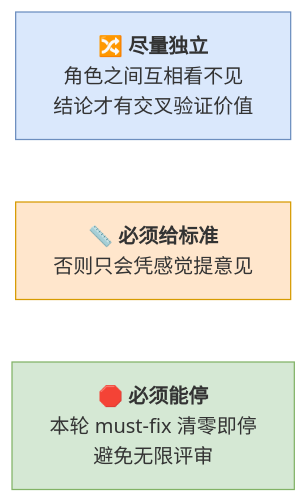
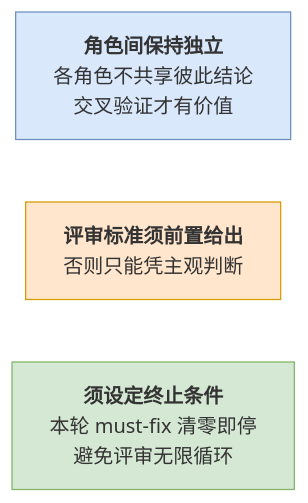
The third of 5 diagrams in 全员认知培训/研发AI提效落地方案·流程先行（试行）.md (Woaini654321/efficiency-improvement), drawn with Mermaid (base theme) before and after one commit. The commit also changed other lines of this file, not shown here.

````diff
--- a/全员认知培训/研发AI提效落地方案·流程先行（试行）.md
+++ b/全员认知培训/研发AI提效落地方案·流程先行（试行）.md
@@ -141,9 +106,9 @@
 ```mermaid
 flowchart LR
-    P1["🔀 <b>尽量独立</b><br/>角色之间互相看不见<br/>结论才有交叉验证价值"]
-    P2["📏 <b>必须给标准</b><br/>否则只会凭感觉提意见"]
-    P3["🛑 <b>必须能停</b><br/>本轮 must-fix 清零即停<br/>避免无限评审"]
+    P1["<b>角色间保持独立</b><br/>各角色不共享彼此结论<br/>交叉验证才有价值"]
+    P2["<b>评审标准须前置给出</b><br/>否则只能凭主观判断"]
+    P3["<b>须设定终止条件</b><br/>本轮 must-fix 清零即停<br/>避免评审无限循环"]
     style P1 fill:#dae8fc,stroke:#6c8ebf
     style P2 fill:#ffe6cc,stroke:#d79b00
     style P3 fill:#d5e8d4,stroke:#82b366
 ```
````
